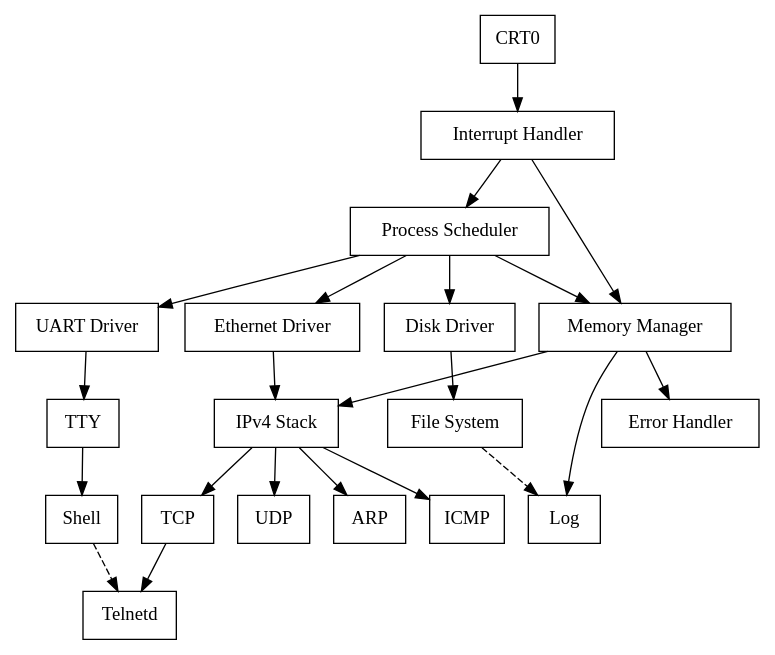
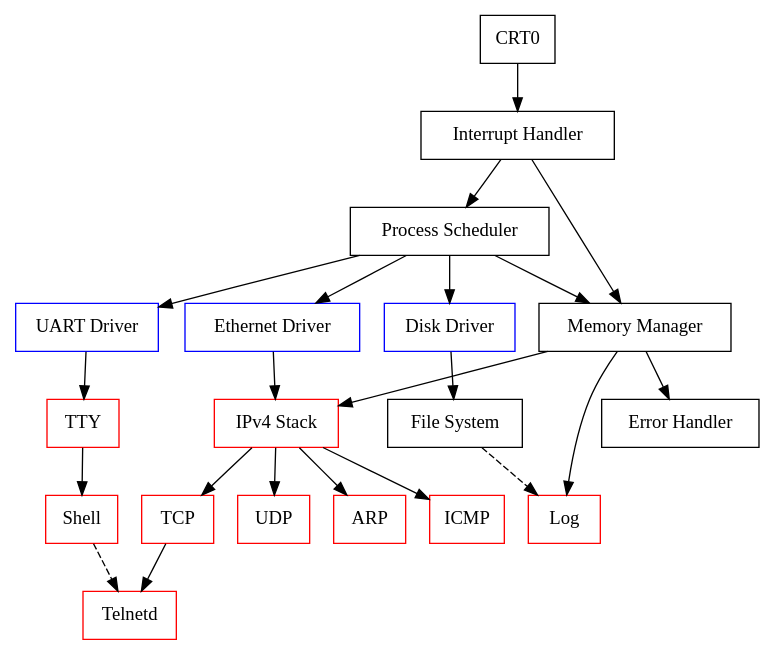
Before and after one commit to Zilla/ppcOS: the diagram in doc/os.dot, drawn with Graphviz. The commit also changed 3 other files, not shown here.

```diff
--- a/doc/os.dot
+++ b/doc/os.dot
@@ -1,40 +1,40 @@
 // Main graph
 digraph OS
 {
 // Global settings
 node[shape=box]
 
 // Nodes
 crt0[label="CRT0"]
 inth[label="Interrupt Handler"]
 procsh[label="Process Scheduler"]
-diskd[label="Disk Driver"]
-uartd[label="UART Driver"]
-ethd[label="Ethernet Driver"]
+diskd[label="Disk Driver",color=blue]
+uartd[label="UART Driver",color=blue]
+ethd[label="Ethernet Driver",color=blue]
 mm[label="Memory Manager"]
 fs[label="File System"]
-tty[label="TTY"]
-shell[label="Shell"]
-ip[label="IPv4 Stack"]
+tty[label="TTY",color=red]
+shell[label="Shell",color=red]
+ip[label="IPv4 Stack",color=red]
 //ipv6[label="IPv6 Stack"]
-tcp[label="TCP"]
-udp[label="UDP"]
-arp[label="ARP"]
-icmp[label="ICMP"]
-telnetd[label="Telnetd"]
+tcp[label="TCP",color=red]
+udp[label="UDP",color=red]
+arp[label="ARP",color=red]
+icmp[label="ICMP",color=red]
+telnetd[label="Telnetd",color=red]
 errorh[label="Error Handler"]
-log[label="Log"]
+log[label="Log",color=red]
 
 // Relations
 crt0->inth->procsh
 procsh->{diskd uartd ethd mm}
 inth->mm
 diskd->fs
 uartd->tty->shell
 {mm ethd}->ip
 ip->{tcp udp arp icmp}
 tcp->telnetd
 shell->telnetd [style=dashed]
 mm->{errorh log}
 fs->log [style=dashed]
 }
```
